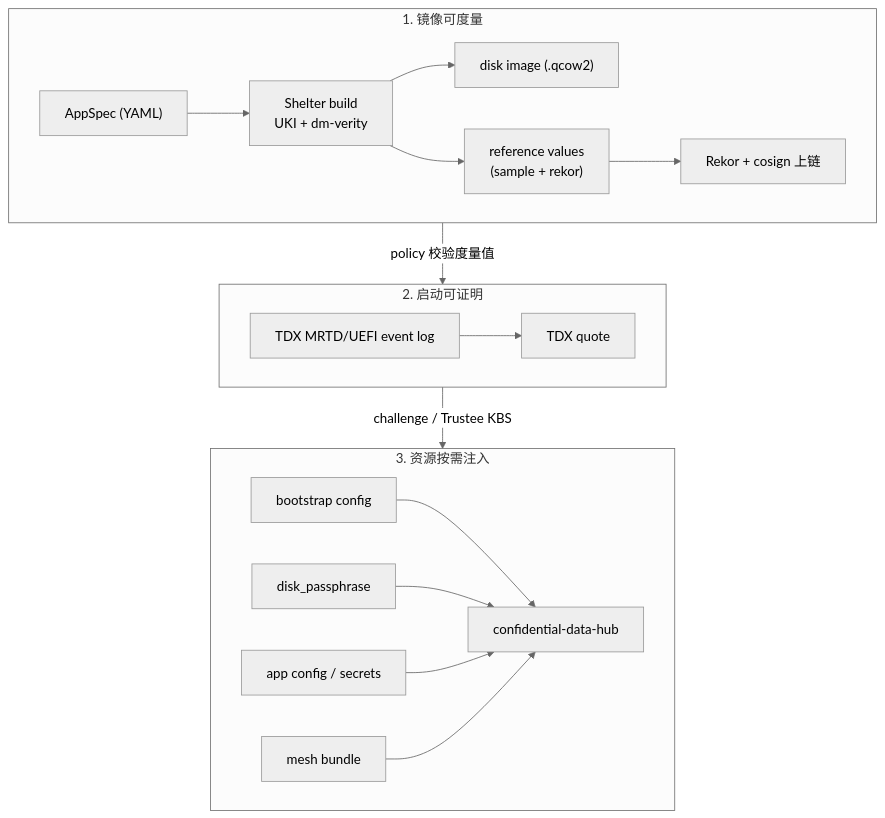
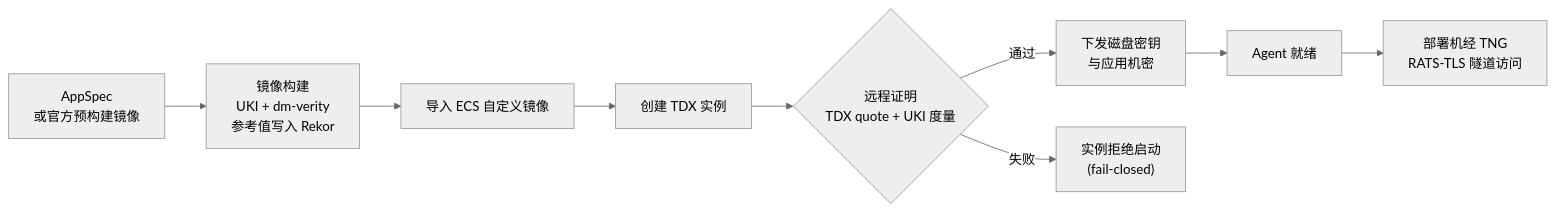
Before and after one commit to zqf20096327/ai_collect: the diagram in data/readmes/inclavare-containers__confidential-agent.md, drawn with Mermaid (neutral theme). The commit also changed other lines of this file and 2315 other files, not shown here.

````diff
--- a/data/readmes/inclavare-containers__confidential-agent.md
+++ b/data/readmes/inclavare-containers__confidential-agent.md
@@ -44,25 +77,11 @@
 ```mermaid
-flowchart TB
-    subgraph L1["1. 镜像可度量"]
-        S1["AppSpec (YAML)"] --> SH["Shelter build<br/>UKI + dm-verity"]
-        SH --> IMG["disk image (.qcow2)"]
-        SH --> RV["reference values<br/>(sample + rekor)"]
-        RV --> RK["Rekor + cosign 上链"]
-    end
-
-    subgraph L2["2. 启动可证明"]
-        TDX["TDX MRTD/UEFI event log"]
-        QUOTE["TDX quote"]
-        TDX --> QUOTE
-    end
-
-    subgraph L3["3. 资源按需注入"]
-        BS["bootstrap config"] --> CDH["confidential-data-hub"]
-        DK["disk_passphrase"] --> CDH
-        APP["app config / secrets"] --> CDH
-        MESH["mesh bundle"] --> CDH
-    end
-
-    L1 -- "policy 校验度量值" --> L2
-    L2 -- "challenge / Trustee KBS" --> L3
+flowchart LR
+    A["AppSpec<br/>或官方预构建镜像"] --> B["镜像构建<br/>UKI + dm-verity<br/>参考值写入 Rekor"]
+    B --> C["导入 ECS 自定义镜像"]
+    C --> D["创建 TDX 实例"]
+    D --> E{"远程证明<br/>TDX quote + UKI 度量"}
+    E -- 通过 --> F["下发磁盘密钥<br/>与应用机密"]
+    E -- 失败 --> X["实例拒绝启动<br/>(fail-closed)"]
+    F --> G["Agent 就绪"]
+    G --> H["部署机经 TNG<br/>RATS-TLS 隧道访问"]
 ```
````
